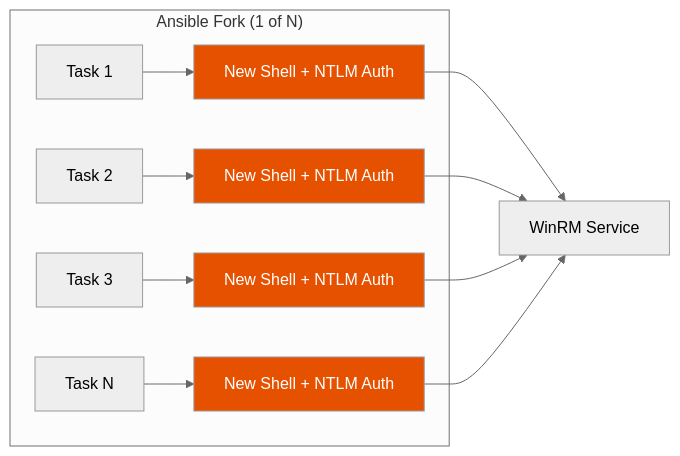
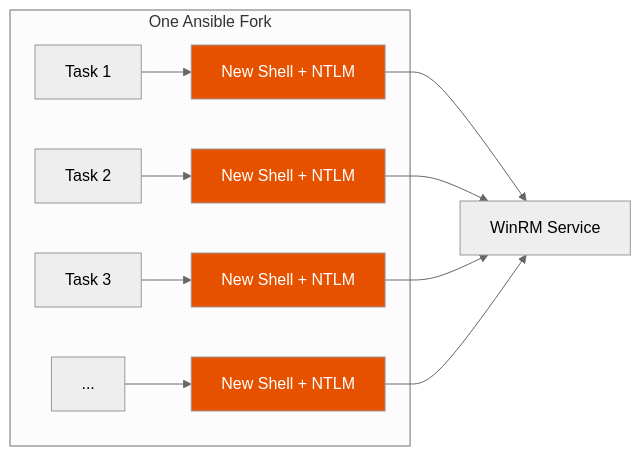
Before and after one commit to Jesssullivan/jesssullivan.github.io: the second of 2 diagrams in src/posts/2026-03-13-the-winrm-forkbomb-how-ansible-molecule-locks-you-out-of-active-directory.md, drawn with Mermaid (neutral theme). The commit also changed other lines of this file, not shown here.

````diff
--- a/src/posts/2026-03-13-the-winrm-forkbomb-how-ansible-molecule-locks-you-out-of-active-directory.md
+++ b/src/posts/2026-03-13-the-winrm-forkbomb-how-ansible-molecule-locks-you-out-of-active-directory.md
@@ -73,19 +79,19 @@
 ```mermaid
 flowchart LR
-    subgraph "Ansible Fork (1 of N)"
-        T1["Task 1"] --> S1["New Shell + NTLM Auth"]
-        T2["Task 2"] --> S2["New Shell + NTLM Auth"]
-        T3["Task 3"] --> S3["New Shell + NTLM Auth"]
-        TN["Task N"] --> SN["New Shell + NTLM Auth"]
+    subgraph "One Ansible Fork"
+        T1["Task 1"] --> S1["New Shell + NTLM"]
+        T2["Task 2"] --> S2["New Shell + NTLM"]
+        T3["Task 3"] --> S3["New Shell + NTLM"]
+        TN["..."] --> SN["New Shell + NTLM"]
     end
 
     S1 --> W["WinRM Service"]
     S2 --> W
     S3 --> W
     SN --> W
 
     style S1 fill:#e65100,color:white
     style S2 fill:#e65100,color:white
     style S3 fill:#e65100,color:white
     style SN fill:#e65100,color:white
 ```
````
